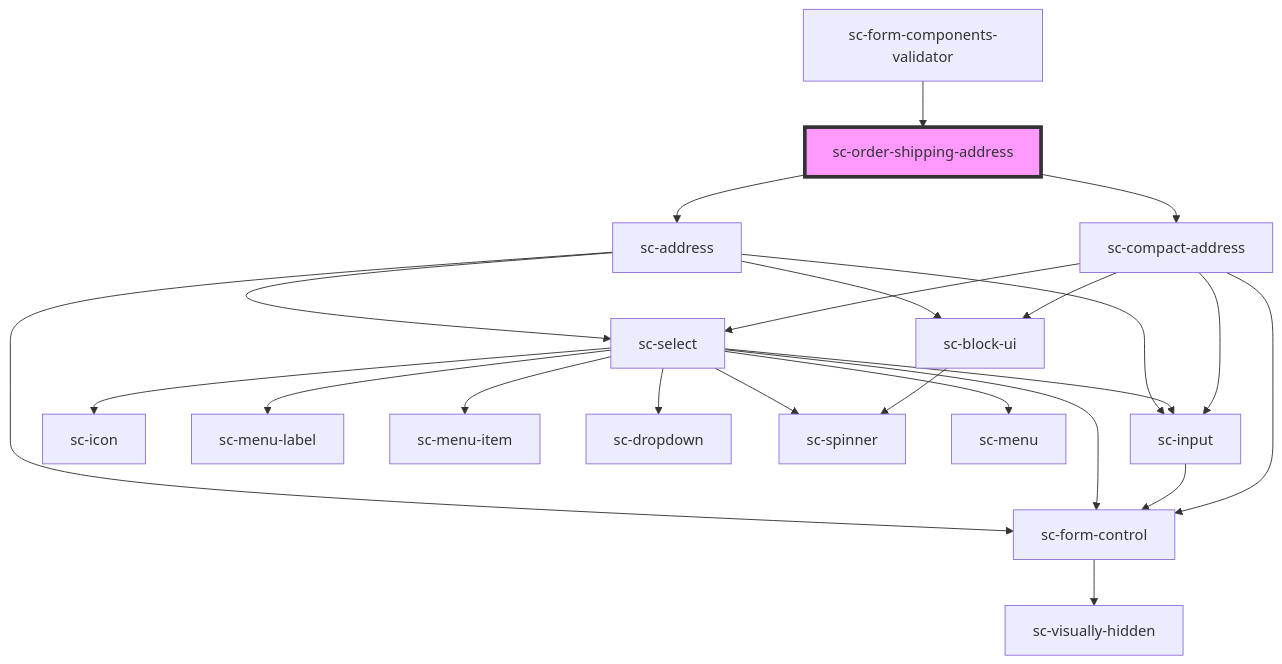
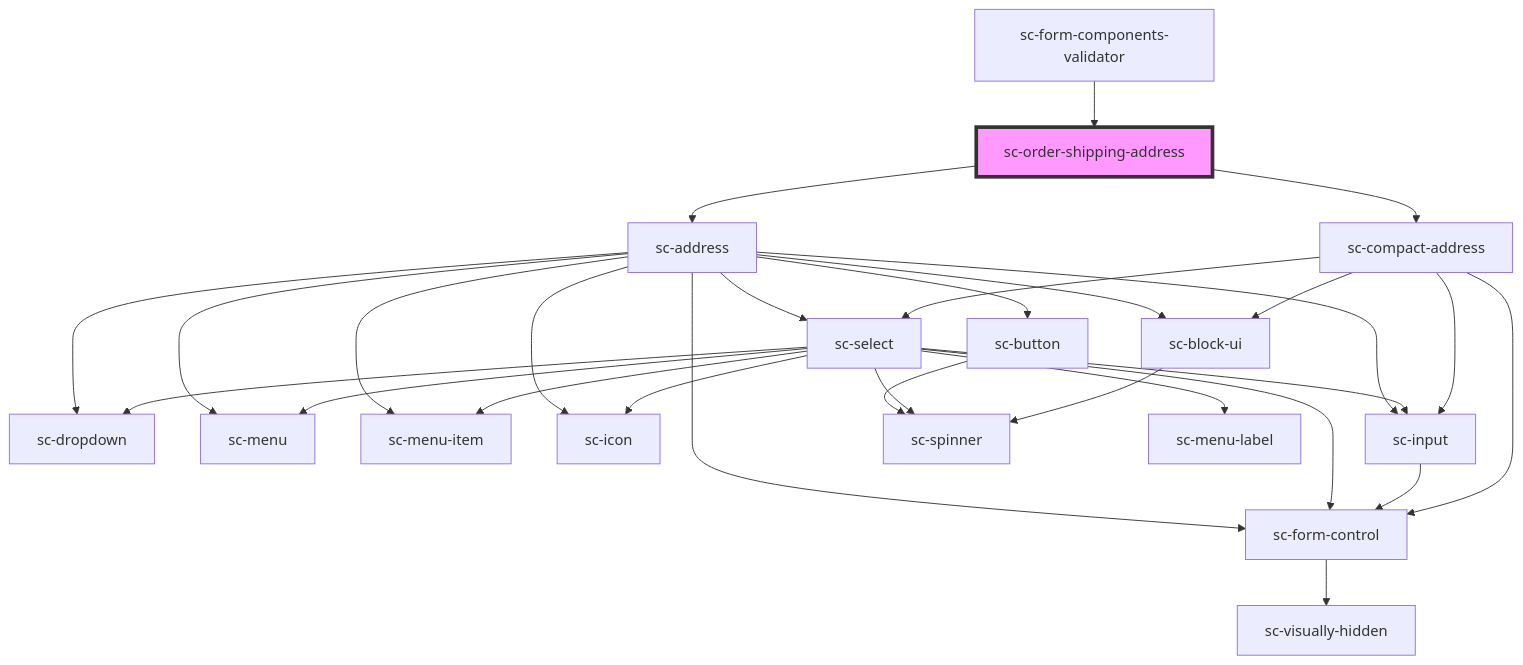
Before and after one commit to surecart/surecart-wp-plugin: the diagram in packages/components/src/components/controllers/checkout-form/order-shipping-address/readme.md, drawn with Mermaid. The commit also changed 19 other files, not shown here.

````diff
--- a/packages/components/src/components/controllers/checkout-form/order-shipping-address/readme.md
+++ b/packages/components/src/components/controllers/checkout-form/order-shipping-address/readme.md
@@ -45,26 +45,32 @@
 ```mermaid
 graph TD;
   sc-order-shipping-address --> sc-address
   sc-order-shipping-address --> sc-compact-address
+  sc-address --> sc-dropdown
+  sc-address --> sc-menu
+  sc-address --> sc-menu-item
+  sc-address --> sc-button
+  sc-address --> sc-icon
   sc-address --> sc-form-control
   sc-address --> sc-select
   sc-address --> sc-input
   sc-address --> sc-block-ui
+  sc-button --> sc-spinner
   sc-form-control --> sc-visually-hidden
   sc-select --> sc-icon
   sc-select --> sc-menu-label
   sc-select --> sc-menu-item
   sc-select --> sc-form-control
   sc-select --> sc-dropdown
   sc-select --> sc-input
   sc-select --> sc-spinner
   sc-select --> sc-menu
   sc-input --> sc-form-control
   sc-block-ui --> sc-spinner
   sc-compact-address --> sc-form-control
   sc-compact-address --> sc-select
   sc-compact-address --> sc-input
   sc-compact-address --> sc-block-ui
   sc-form-components-validator --> sc-order-shipping-address
   style sc-order-shipping-address fill:#f9f,stroke:#333,stroke-width:4px
 ```
````
